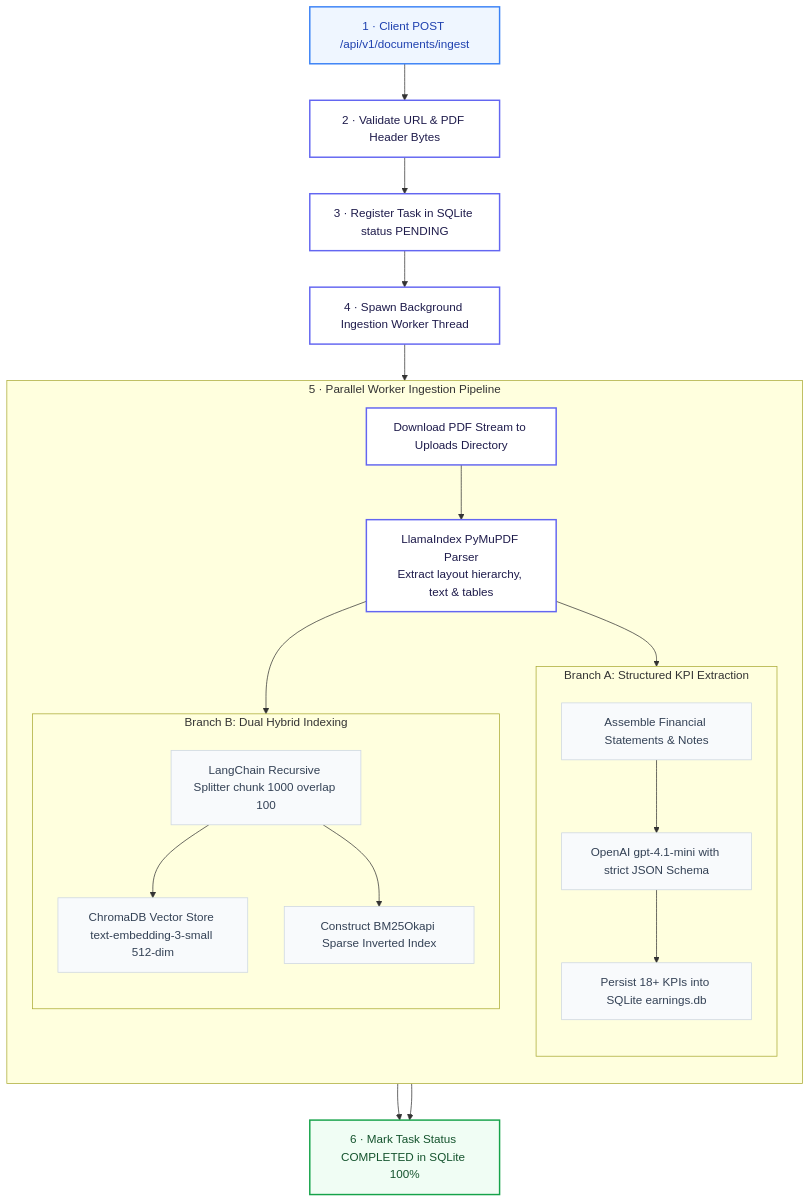
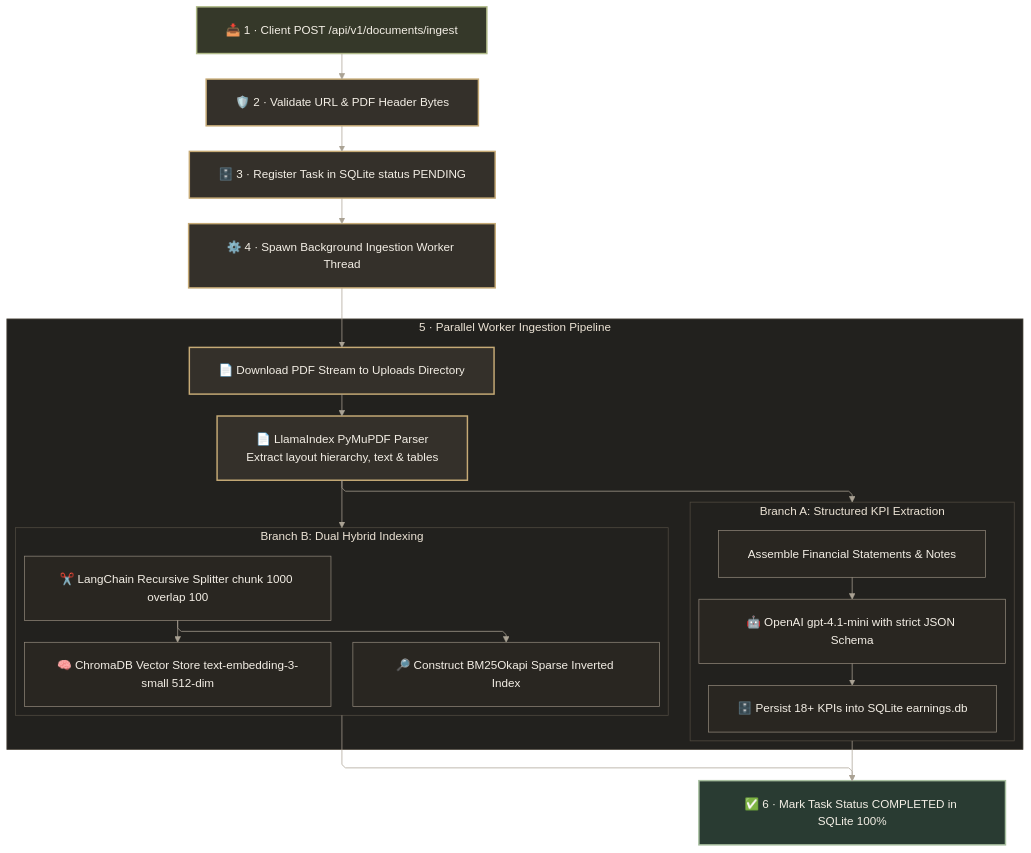
The seventh of 10 diagrams in week2-project-stock-ai-analyzer/ARCHITECTURE.md (tarunkhurana2015/ai-certification-gen-academy), drawn with Mermaid before and after one commit. The commit also changed other lines of this file and 22 other files, not shown here.

Commit message:
modified diagrams

````diff
--- a/week2-project-stock-ai-analyzer/ARCHITECTURE.md
+++ b/week2-project-stock-ai-analyzer/ARCHITECTURE.md
@@ -576,47 +671,51 @@
 ```mermaid
+%%{init: {"theme":"base","themeVariables":{"darkMode":true,"background":"#191816","primaryColor":"#34302A","primaryTextColor":"#F4EFE6","primaryBorderColor":"#C6AA76","secondaryColor":"#3C303B","secondaryTextColor":"#F4EFE6","secondaryBorderColor":"#BC9AAF","tertiaryColor":"#293B32","tertiaryTextColor":"#F4EFE6","tertiaryBorderColor":"#99B89B","lineColor":"#AAA294","textColor":"#F4EFE6","mainBkg":"#34302A","clusterBkg":"#22211E","clusterBorder":"#514B41","titleColor":"#ECE3D5","edgeLabelBackground":"#292620","actorBkg":"#34302A","actorBorder":"#C6AA76","actorTextColor":"#F4EFE6","actorLineColor":"#8F8679","signalColor":"#D6BA87","signalTextColor":"#ECE3D5","labelBoxBkgColor":"#3C303B","labelBoxBorderColor":"#BC9AAF","labelTextColor":"#F4EFE6","loopTextColor":"#E0CEDB","noteBkgColor":"#413526","noteTextColor":"#F1DEC0","noteBorderColor":"#D7B77A","activationBkgColor":"#293B32","activationBorderColor":"#99B89B","sequenceNumberColor":"#191816","fontFamily":"Arial, Helvetica, sans-serif","fontSize":"16px"},"themeCSS":"& { background-color: #191816; } .node rect, .node polygon, .node path, .node circle { stroke-width: 1.5px; } .node rect { rx: 9px; ry: 9px; } .cluster rect { rx: 12px; ry: 12px; } .cluster-label span { font-weight: 600; } .edgeLabel { color: #E9DECC; } .flowchart-link { stroke-width: 1.5px; } text, .label, .nodeLabel, .cluster-label, .edgeLabel, foreignObject, p, span { font-family: Arial, Helvetica, sans-serif !important; }","layout":"elk","elk":{"mergeEdges":true,"nodePlacementStrategy":"NETWORK_SIMPLEX","cycleBreakingStrategy":"GREEDY","forceNodeModelOrder":false},"flowchart":{"curve":"linear","nodeSpacing":36,"rankSpacing":64,"padding":20,"wrappingWidth":340,"useMaxWidth":true,"htmlLabels":true}}}%%
 flowchart TD
-    classDef startNode fill:#EFF6FF,stroke:#3B82F6,stroke-width:2px,color:#1E40AF
-    classDef processNode fill:#FFFFFF,stroke:#6366F1,stroke-width:2px,color:#1E1B4B
-    classDef branchBox fill:#F8FAFC,stroke:#CBD5E1,stroke-width:1px,color:#334155
-    classDef doneNode fill:#F0FDF4,stroke:#16A34A,stroke-width:2px,color:#14532D
+    classDef startNode fill:#353829,stroke:#B1BB89,stroke-width:2px,color:#F4EFE6
+    classDef processNode fill:#34302A,stroke:#C6AA76,stroke-width:2px,color:#F4EFE6
+    classDef branchBox fill:#292621,stroke:#8F8679,stroke-width:1px,color:#F4EFE6
+    classDef doneNode fill:#293B32,stroke:#A8C0A0,stroke-width:2px,color:#F4EFE6
 
-    ReqIn["1 · Client POST /api/v1/documents/ingest"]:::startNode
-    CheckHeader["2 · Validate URL & PDF Header Bytes"]:::processNode
-    RegisterDB["3 · Register Task in SQLite status PENDING"]:::processNode
-    SpawnThread["4 · Spawn Background Ingestion Worker Thread"]:::processNode
+    ReqIn["📥 1 · Client POST /api/v1/documents/ingest"]:::startNode
+    CheckHeader["🛡️ 2 · Validate URL & PDF Header Bytes"]:::processNode
+    RegisterDB["🗄️ 3 · Register Task in SQLite status PENDING"]:::processNode
+    SpawnThread["⚙️ 4 · Spawn Background Ingestion Worker Thread"]:::processNode
 
     ReqIn --> CheckHeader --> RegisterDB --> SpawnThread
 
     subgraph IngestionPipeline["5 · Parallel Worker Ingestion Pipeline"]
         direction TB
-        FetchPDF["Download PDF Stream to Uploads Directory"]:::processNode
-        ParseLayout["LlamaIndex PyMuPDF Parser<br/>Extract layout hierarchy, text & tables"]:::processNode
+        FetchPDF["📄 Download PDF Stream to Uploads Directory"]:::processNode
+        ParseLayout["📄 LlamaIndex PyMuPDF Parser<br/>Extract layout hierarchy, text & tables"]:::processNode
         FetchPDF --> ParseLayout
 
         subgraph BranchA["Branch A: Structured KPI Extraction"]
             direction TB
             Assemble["Assemble Financial Statements & Notes"]:::branchBox
-            CallLLM["OpenAI gpt-4.1-mini with strict JSON Schema"]:::branchBox
-            SaveSQL["Persist 18+ KPIs into SQLite earnings.db"]:::branchBox
+            CallLLM["🤖 OpenAI gpt-4.1-mini with strict JSON Schema"]:::branchBox
+            SaveSQL["🗄️ Persist 18+ KPIs into SQLite earnings.db"]:::branchBox
             Assemble --> CallLLM --> SaveSQL
         end
 
         subgraph BranchB["Branch B: Dual Hybrid Indexing"]
             direction TB
-            SplitText["LangChain Recursive Splitter chunk 1000 overlap 100"]:::branchBox
-            EmbedChroma["ChromaDB Vector Store text-embedding-3-small 512-dim"]:::branchBox
-            BuildBM25["Construct BM25Okapi Sparse Inverted Index"]:::branchBox
+            SplitText["✂️ LangChain Recursive Splitter chunk 1000 overlap 100"]:::branchBox
+            EmbedChroma["🧠 ChromaDB Vector Store text-embedding-3-small 512-dim"]:::branchBox
+            BuildBM25["🔎 Construct BM25Okapi Sparse Inverted Index"]:::branchBox
             SplitText --> EmbedChroma
             SplitText --> BuildBM25
         end
 
         ParseLayout --> BranchA
         ParseLayout --> BranchB
     end
 
     SpawnThread --> FetchPDF
 
-    UpdateDone["6 · Mark Task Status COMPLETED in SQLite 100%"]:::doneNode
+    UpdateDone["✅ 6 · Mark Task Status COMPLETED in SQLite 100%"]:::doneNode
     BranchA --> UpdateDone
     BranchB --> UpdateDone
+
+    classDef default fill:#34302A,stroke:#C6AA76,color:#F4EFE6
+    linkStyle default stroke:#AAA294
 ```
````
